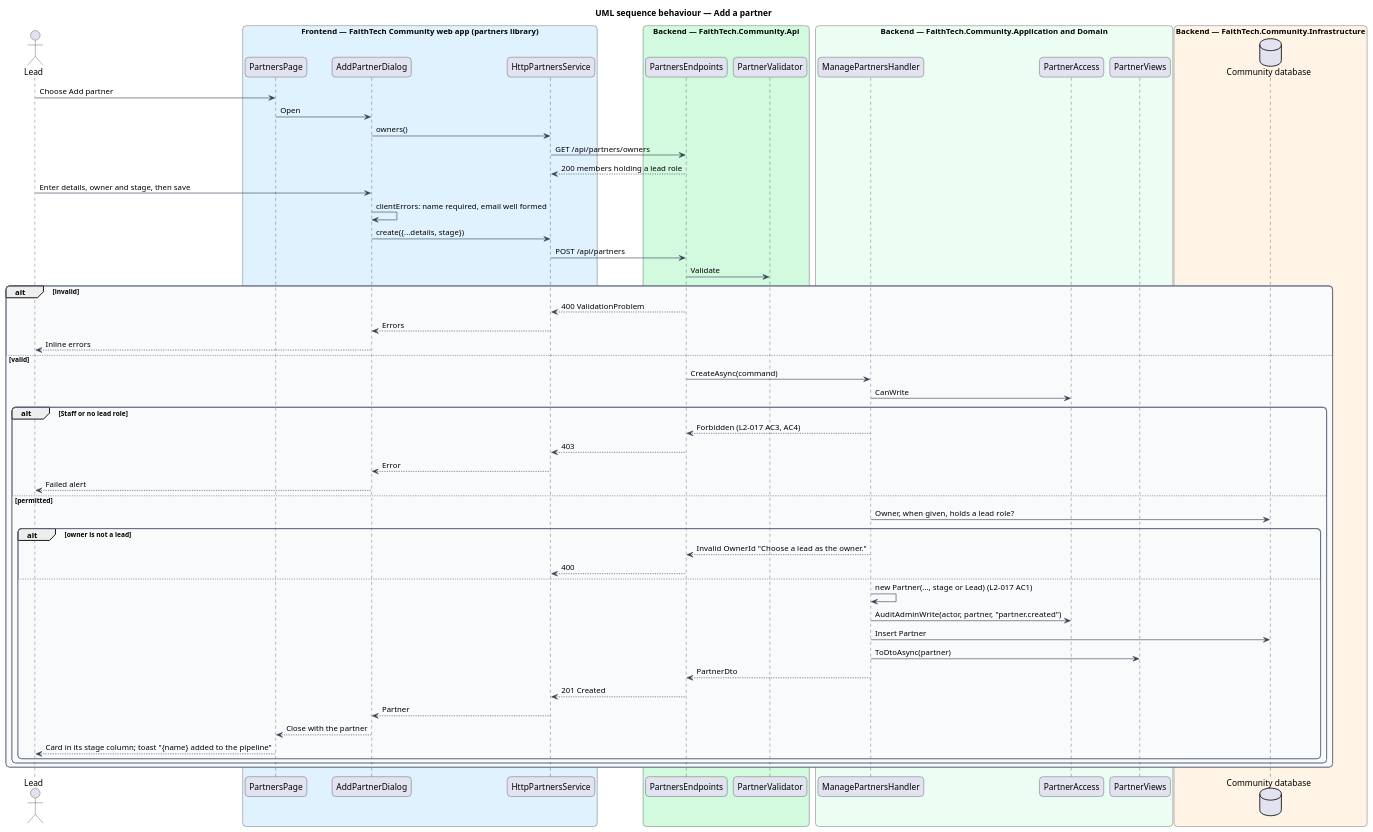
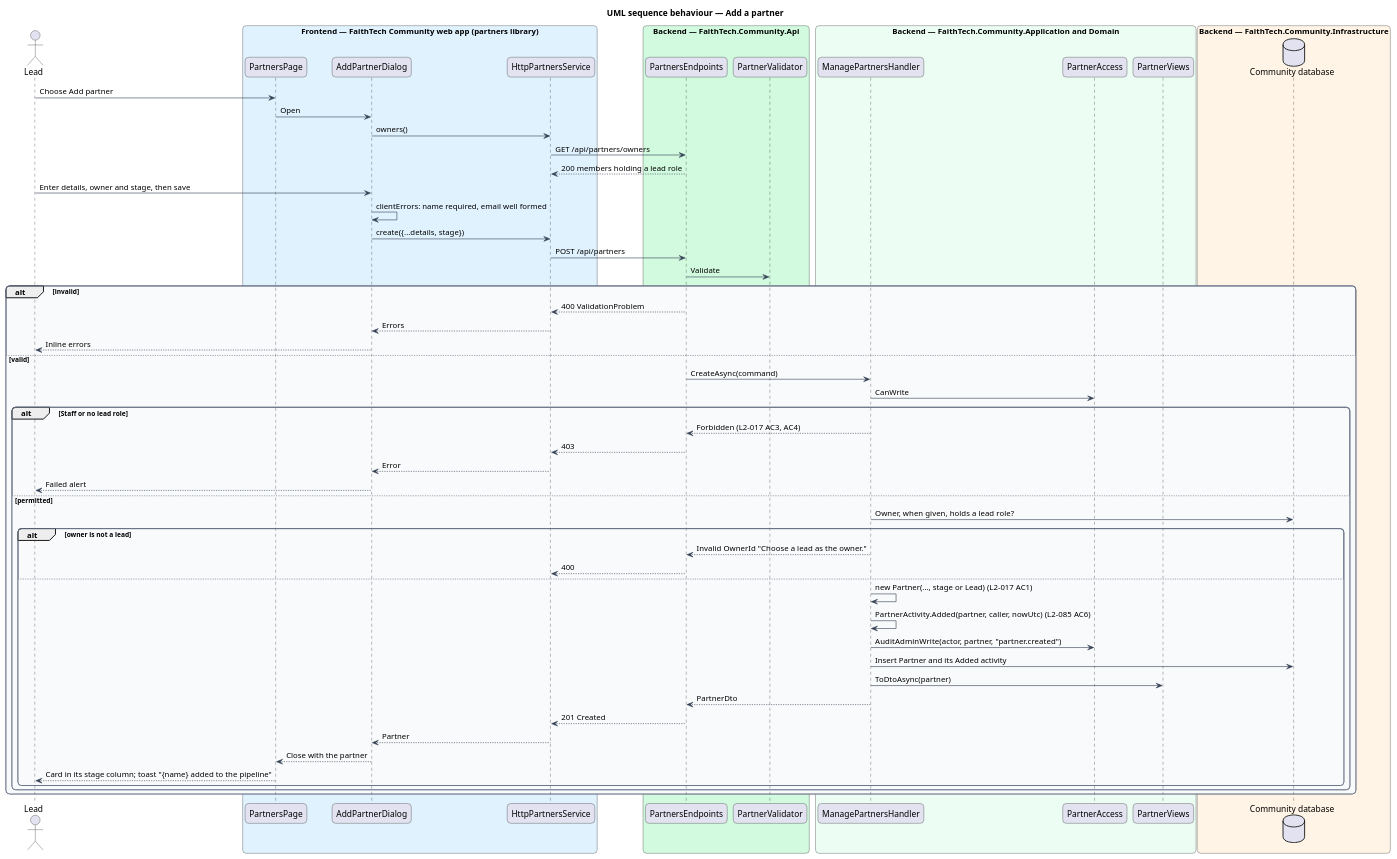
The diagram in docs/detailed-designs/partners/manage-partners/diagrams/sequence-add-partner.puml (QuinntyneBrown/faithtech-community), drawn with PlantUML before and after one commit. The commit also changed 97 other files, not shown here.

First line of the commit message:
Design the partner timeline, duplicates and merge, contact duplicate, check-in and Reports

```diff
--- a/docs/detailed-designs/partners/manage-partners/diagrams/sequence-add-partner.puml
+++ b/docs/detailed-designs/partners/manage-partners/diagrams/sequence-add-partner.puml
@@ -1,75 +1,76 @@
 @startuml
 title UML sequence behaviour — Add a partner
 skinparam backgroundColor #FFFFFF
 skinparam shadowing false
 skinparam roundcorner 12
 skinparam defaultFontName Arial
 skinparam ArrowColor #344054
 skinparam rectangle {
   BorderColor #344054
   FontColor #101828
 }
 skinparam package {
   BorderColor #667085
   FontColor #101828
   BackgroundColor #F9FAFB
 }
 actor "Lead" as actor
 box "Frontend — FaithTech Community web app (partners library)" #E0F2FE
   participant "PartnersPage" as board
   participant "AddPartnerDialog" as dlg
   participant "HttpPartnersService" as svc
 end box
 box "Backend — FaithTech.Community.Api" #D1FADF
   participant "PartnersEndpoints" as ep
   participant "PartnerValidator" as v
 end box
 box "Backend — FaithTech.Community.Application and Domain" #ECFDF3
   participant "ManagePartnersHandler" as h
   participant "PartnerAccess" as acc
   participant "PartnerViews" as views
 end box
 box "Backend — FaithTech.Community.Infrastructure" #FFF4E5
   database "Community database" as db
 end box
 actor -> board : Choose Add partner
 board -> dlg : Open
 dlg -> svc : owners()
 svc -> ep : GET /api/partners/owners
 ep --> svc : 200 members holding a lead role
 actor -> dlg : Enter details, owner and stage, then save
 dlg -> dlg : clientErrors: name required, email well formed
 dlg -> svc : create({...details, stage})
 svc -> ep : POST /api/partners
 ep -> v : Validate
 alt invalid
   ep --> svc : 400 ValidationProblem
   svc --> dlg : Errors
   dlg --> actor : Inline errors
 else valid
   ep -> h : CreateAsync(command)
   h -> acc : CanWrite
   alt Staff or no lead role
     h --> ep : Forbidden (L2-017 AC3, AC4)
     ep --> svc : 403
     svc --> dlg : Error
     dlg --> actor : Failed alert
   else permitted
     h -> db : Owner, when given, holds a lead role?
     alt owner is not a lead
       h --> ep : Invalid OwnerId "Choose a lead as the owner."
       ep --> svc : 400
     else
       h -> h : new Partner(..., stage or Lead) (L2-017 AC1)
+      h -> h : PartnerActivity.Added(partner, caller, nowUtc) (L2-085 AC6)
       h -> acc : AuditAdminWrite(actor, partner, "partner.created")
-      h -> db : Insert Partner
+      h -> db : Insert Partner and its Added activity
       h -> views : ToDtoAsync(partner)
       h --> ep : PartnerDto
       ep --> svc : 201 Created
       svc --> dlg : Partner
       dlg --> board : Close with the partner
       board --> actor : Card in its stage column; toast "{name} added to the pipeline"
     end
   end
 end
 @enduml
```
